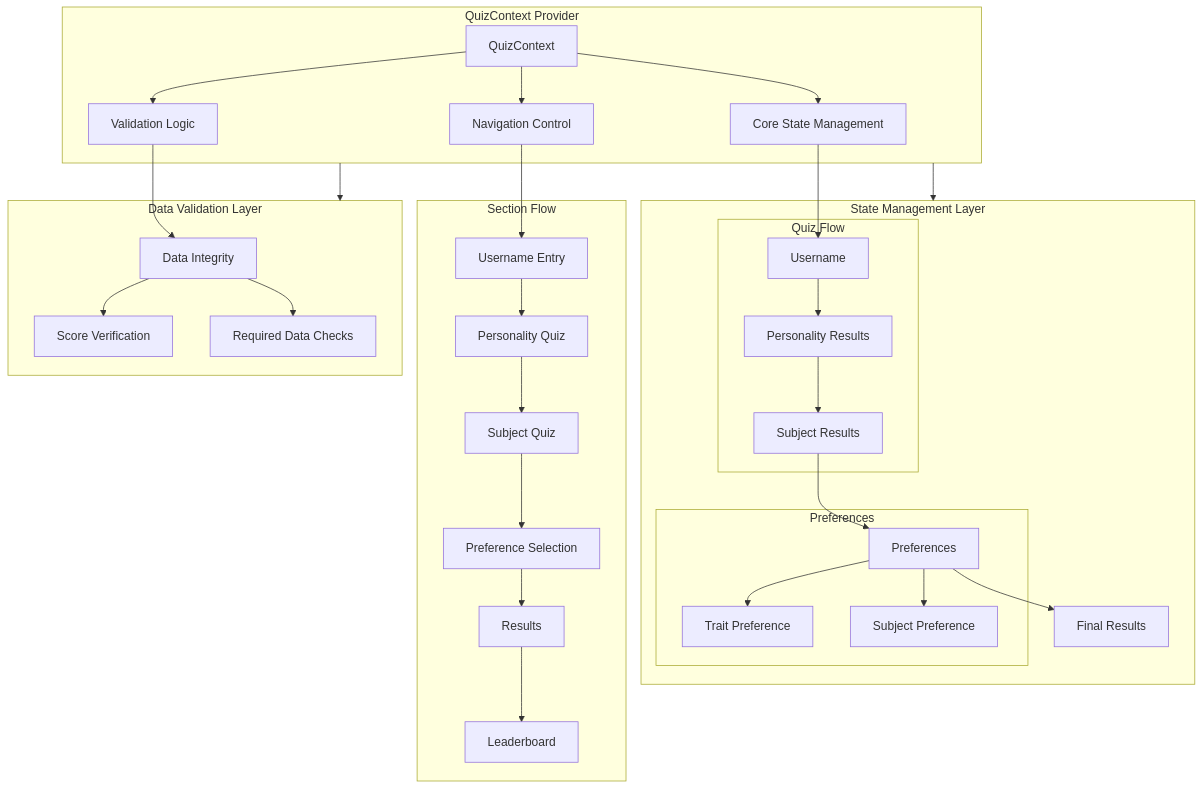
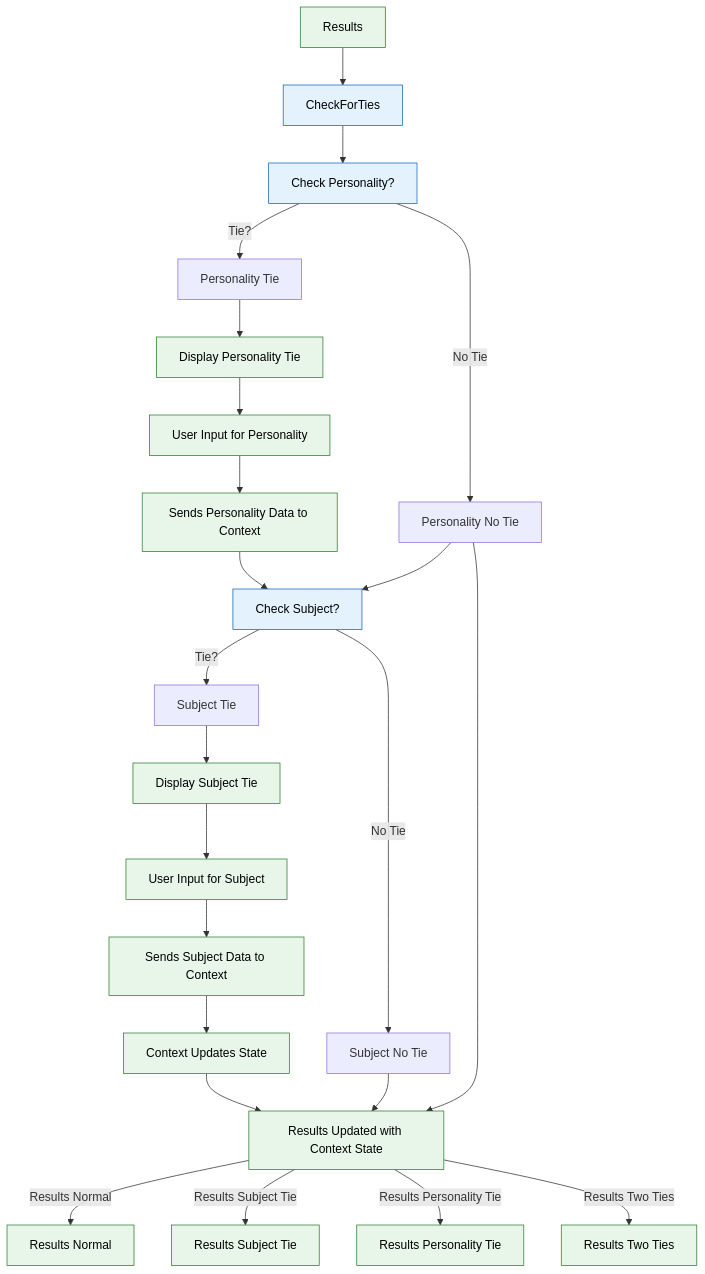
One commit to lmcrean/steam-report-mern changed the fifth of 6 diagrams in docs/readme_react.md. Above: the diagram before and after it, drawn with Mermaid. The commit also changed other lines of this file, not shown here.

First line of the commit message:
Refactor README to Clarify Data Flow Architecture

````diff
--- a/docs/readme_react.md
+++ b/docs/readme_react.md
@@ -133,46 +210,44 @@
 ```mermaid
-graph TD
-    subgraph QuizContext["QuizContext Provider"]
-        A[QuizContext] --> B[Core State Management]
-        A --> N1[Navigation Control] 
-        A --> D[Validation Logic]
-    end
+flowchart TB
+    A[Results] --> B[CheckForTies]
+    
+    %% Check Personality first
+    B --> P[Check Personality?]
+    P -->|Tie?| PY[Personality Tie]
+    P -->|No Tie| PN[Personality No Tie]
+    
+    %% Handle Personality Tie
+    PY --> C[Display Personality Tie]
+    C --> D[User Input for Personality]
+    D --> E[Sends Personality Data to Context]
+    E --> S[Context Updates State]
+    
+    %% Check Subject next
+    PN --> S[Check Subject?]
+    S -->|Tie?| SY[Subject Tie]
+    S -->|No Tie| SN[Subject No Tie]
+    
+    %% Handle Subject Tie
+    SY --> G[Display Subject Tie]
+    G --> H[User Input for Subject]
+    H --> I[Sends Subject Data to Context]
+    I --> F[Context Updates State]
 
-    subgraph StateManagement["State Management Layer"]
-        
-        subgraph QuizFlow["Quiz Flow"]
-            B --> B2[Username]
-            B2 --> B2a[Personality Results]
-            B2a --> B2b[Subject Results]
-        end
-        
-        subgraph Preferences["Preferences"]
-            B2b --> B3[Preferences]
-            B3 --> B3a[Trait Preference]
-            B3 --> B3b[Subject Preference]
-        end
-        
-        B3 --> B4[Final Results]
-    end
+    %% Final Results Update
+    F --> K[Results Updated with Context State]
+    SN --> K
+    PN --> K
 
-        
-    subgraph NavigationDetails["Section Flow"]
-        N1 --> N2[Username Entry]
-        N2 --> N3[Personality Quiz]
-        N3 --> N4[Subject Quiz]
-        N4 --> N5[Preference Selection]
-        N5 --> N6[Results]
-        N6 --> N7[Leaderboard]
-    
-    end
+    %% Outcomes
+    K -->|Results Normal| L[Results Normal]
+    K -->|Results Subject Tie| M[Results Subject Tie]
+    K -->|Results Personality Tie| N[Results Personality Tie]
+    K -->|Results Two Ties| O[Results Two Ties]
 
+    classDef flow fill:#f9f9f9,stroke:#ff9800,color:#000
+    classDef decision fill:#e3f2fd,stroke:#1565c0,color:#000
+    classDef action fill:#e8f5e9,stroke:#2e7d32,color:#000
 
-    subgraph Validation["Data Validation Layer"]
-        D --> D1[Data Integrity]
-        D1 --> D1a[Score Verification]
-        D1 --> D1b[Required Data Checks]
-    end
-
-    QuizContext --> StateManagement
-    QuizContext --> Validation
+    class B,P,S decision
+    class A,C,D,E,F,G,H,I,J,K,L,M,N,O action
 ```
````
